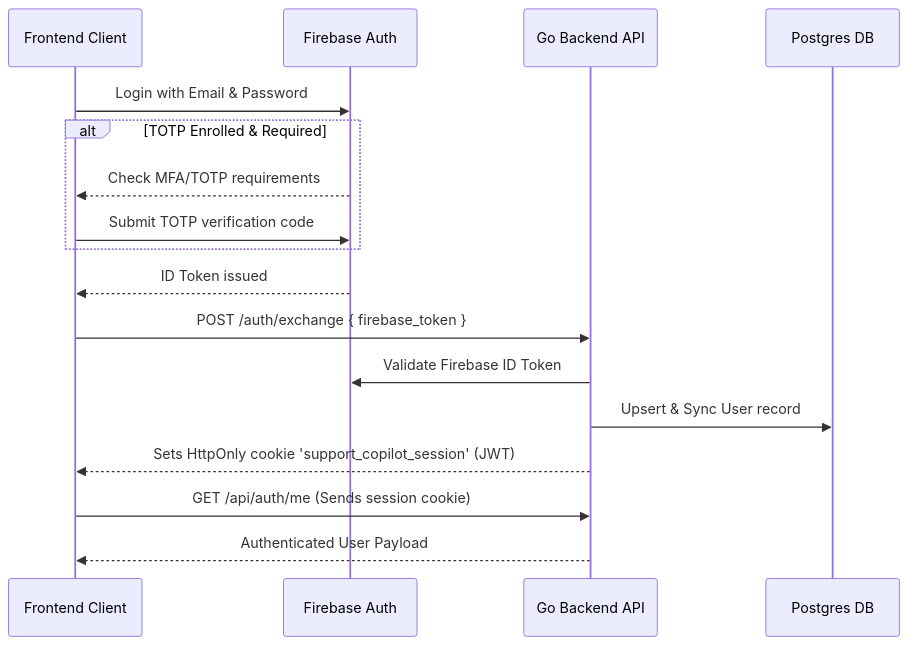
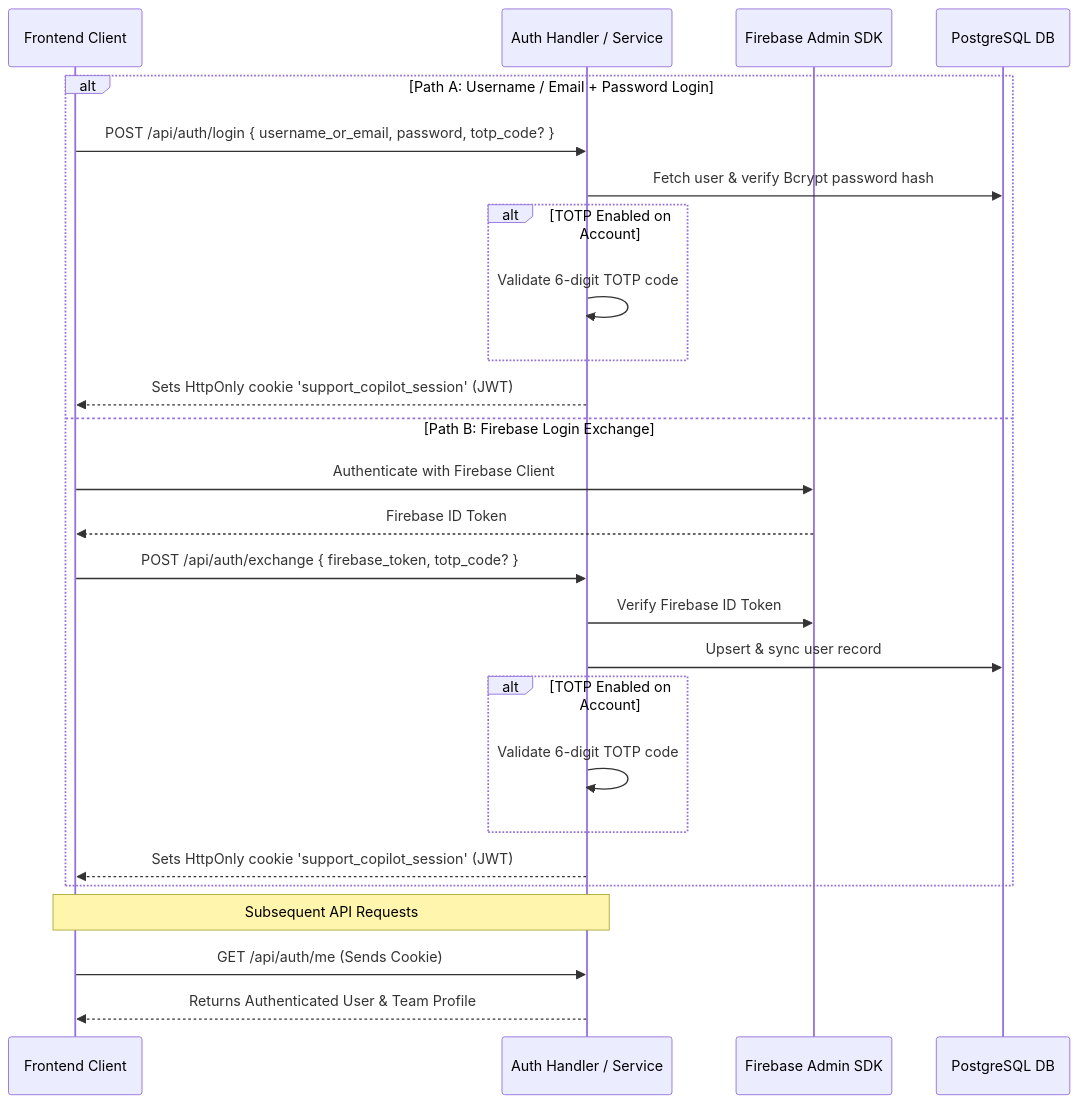
One commit to WillieBam/support-copilot changed the second of 2 diagrams in README.md. Above: the diagram before and after it, drawn with Mermaid. The commit also changed other lines of this file and 1 other file, not shown here.

````diff
--- a/README.md
+++ b/README.md
@@ -158,20 +220,30 @@
 ```mermaid
 sequenceDiagram
-    participant User as Frontend Client
-    participant FB as Firebase Auth
-    participant API as Go Backend API
-    participant DB as Postgres DB
+    participant Client as Frontend Client
+    participant Auth as Auth Handler / Service
+    participant FB as Firebase Admin SDK
+    participant DB as PostgreSQL DB
 
-    User->>FB: Login with Email & Password
-    alt TOTP Enrolled & Required
-        FB-->>User: Check MFA/TOTP requirements
-        User->>FB: Submit TOTP verification code
+    alt Path A: Username / Email + Password Login
+        Client->>Auth: POST /api/auth/login { username_or_email, password, totp_code? }
+        Auth->>DB: Fetch user & verify Bcrypt password hash
+        alt TOTP Enabled on Account
+            Auth->>Auth: Validate 6-digit TOTP code
+        end
+        Auth-->>Client: Sets HttpOnly cookie 'support_copilot_session' (JWT)
+    else Path B: Firebase Login Exchange
+        Client->>FB: Authenticate with Firebase Client
+        FB-->>Client: Firebase ID Token
+        Client->>Auth: POST /api/auth/exchange { firebase_token, totp_code? }
+        Auth->>FB: Verify Firebase ID Token
+        Auth->>DB: Upsert & sync user record
+        alt TOTP Enabled on Account
+            Auth->>Auth: Validate 6-digit TOTP code
+        end
+        Auth-->>Client: Sets HttpOnly cookie 'support_copilot_session' (JWT)
     end
-    FB-->>User: ID Token issued
-    User->>API: POST /auth/exchange { firebase_token }
-    API->>FB: Validate Firebase ID Token
-    API->>DB: Upsert & Sync User record
-    API-->>User: Sets HttpOnly cookie 'support_copilot_session' (JWT)
-    User->>API: GET /api/auth/me (Sends session cookie)
-    API-->>User: Authenticated User Payload
+
+    Note over Client,Auth: Subsequent API Requests
+    Client->>Auth: GET /api/auth/me (Sends Cookie)
+    Auth-->>Client: Returns Authenticated User & Team Profile
 ```
````
